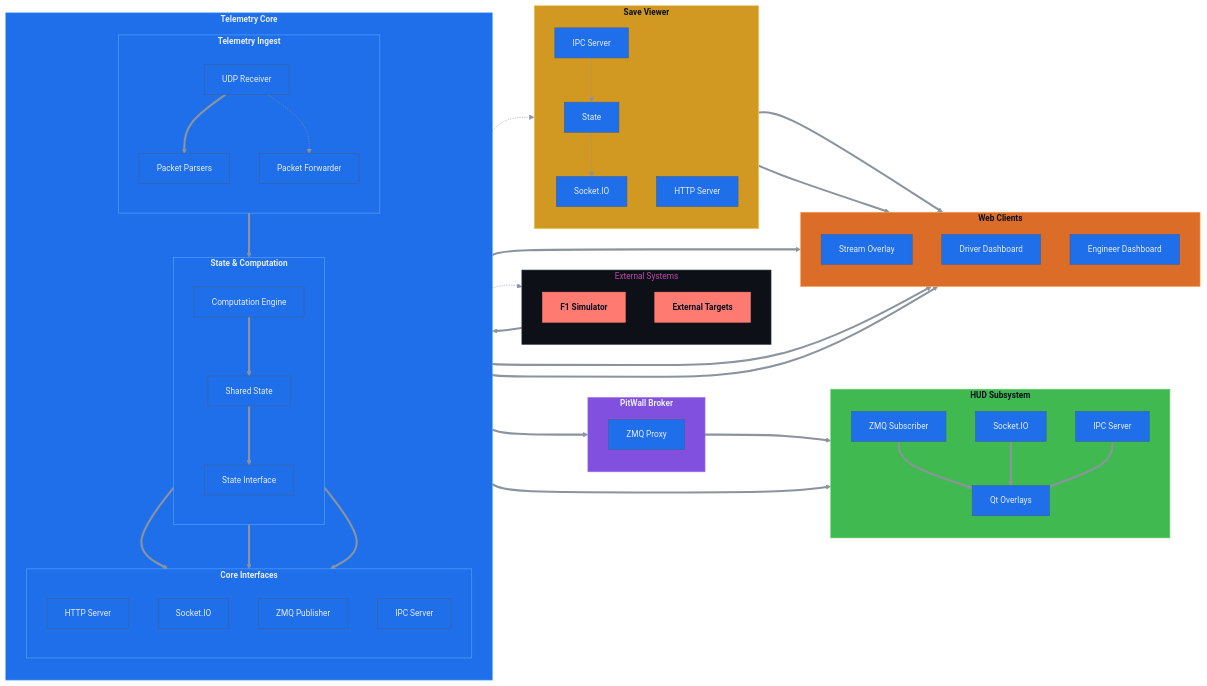
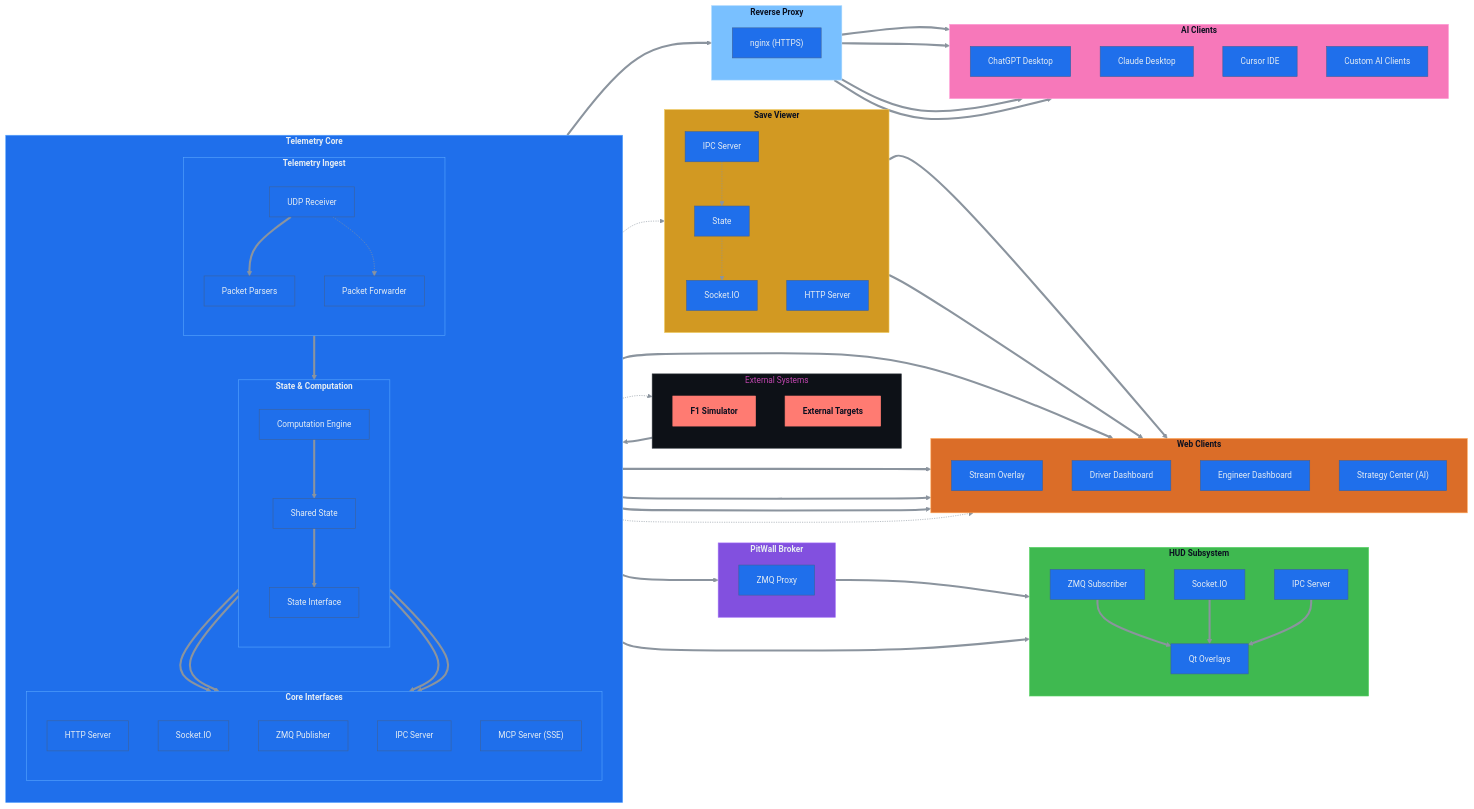
One commit to kmransom56/pitsngiggles-mcp-integration changed the diagram in docs/arch.mmd. Above: the diagram before and after it, drawn with Mermaid. The commit also changed 1 other file, not shown here.

Commit message:
docs: Update architecture diagram with MCP server and AI integration
Updates:
- Added MCP Server (SSE) to Core Interfaces
- Added AI Clients section (ChatGPT, Claude, Cursor, Custom)
- Added nginx Reverse Proxy section
- Added Strategy Center (AI) to Web Clients
- Updated data flows showing MCP → nginx → AI clients
- Added new color schemes for AI and Proxy components

Architecture now shows:
- MCP server receiving telemetry via API interface
- nginx providing HTTPS reverse proxy (port 8443)
- External AI clients connecting via MCP protocol
- Built-in Strategy Center with direct MCP access
- Complete F1 Race Engineer integration paths

```diff
--- a/docs/arch.mmd
+++ b/docs/arch.mmd
@@ -1,149 +1,186 @@
 %%{ init : { "theme" : "base", "themeVariables": {
   "background": "#0b1020",
   "primaryColor": "#1f6feb",
   "primaryTextColor": "#e6edf3",
   "secondaryColor": "#8250df",
   "tertiaryColor": "#3fb950",
   "lineColor": "#8b949e",
   "edgeLabelBackground": "#0b1020",
   "fontFamily": "Inter, JetBrains Mono, sans-serif",
   "fontSize": "14px",
   "clusterBkg": "#0d1117",
   "clusterBorder": "#30363d"
 }} }%%
 
 %% ---------------------------------------------------------------------------
 %% pits_n_giggles — Clean Telemetry & UI Architecture
 %% Visual style: dark, neon-accented, left-to-right narrative flow
 %% ---------------------------------------------------------------------------
 flowchart LR
 
 %% ===========================================================================
 %% External Systems
 %% ===========================================================================
 subgraph EXTERNAL[" External Systems"]
   direction TB
   F1_SIM[" F1 Simulator"]
   EXT_TGT[" External Targets"]
 end
 
 %% ===========================================================================
 %% Core Telemetry Stack
 %% ===========================================================================
 subgraph CORE[" Telemetry Core"]
   direction TB
 
   subgraph TELEMETRY[" Telemetry Ingest"]
     direction TB
     UDP_RECV["UDP Receiver"]
     PARSERS["Packet Parsers"]
     PACKET_FWD["Packet Forwarder"]
   end
 
   subgraph STATE[" State & Computation"]
     direction TB
     COMP_ENGINE["Computation Engine"]
     SHARED_STATE["Shared State"]
     API_INTF["State Interface"]
   end
 
   subgraph INTF[" Core Interfaces"]
     direction TB
     HTTP["HTTP Server"]
     SOCKETIO["Socket.IO"]
     ZMQ_PUB["ZMQ Publisher"]
     IPC["IPC Server"]
+    MCP_SERVER["MCP Server (SSE)"]
   end
 end
 
 %% ===========================================================================
 %% Message Distribution
 %% ===========================================================================
 subgraph PITWALL[" PitWall Broker"]
   direction TB
   ZMQ_PROXY["ZMQ Proxy"]
 end
 
 %% ===========================================================================
 %% HUD Subsystem
 %% ===========================================================================
 subgraph HUD[" HUD Subsystem"]
   direction TB
   HUD_SUB["ZMQ Subscriber"]
   HUD_SOCKETIO["Socket.IO"]
   HUD_IPC["IPC Server"]
   HUD_QT["Qt Overlays"]
 end
 
 %% ===========================================================================
 %% Save Viewer
 %% ===========================================================================
 subgraph SAVE_VIEWER[" Save Viewer"]
   direction TB
   SV_IPC["IPC Server"]
   SV_STATE["State"]
   SV_HTTP["HTTP Server"]
   SV_SOCKETIO["Socket.IO"]
 end
 
 %% ===========================================================================
 %% Web Clients
 %% ===========================================================================
 subgraph UI[" Web Clients"]
   direction TB
   STREAM_OVERLAY[" Stream Overlay"]
   DRV_VIEW[" Driver Dashboard"]
   ENG_VIEW[" Engineer Dashboard"]
+  STRATEGY_CENTER[" Strategy Center (AI)"]
+end
+
+%% ===========================================================================
+%% AI Clients (MCP)
+%% ===========================================================================
+subgraph AI[" AI Clients"]
+  direction TB
+  CHATGPT[" ChatGPT Desktop"]
+  CLAUDE[" Claude Desktop"]
+  CURSOR[" Cursor IDE"]
+  CUSTOM_AI[" Custom AI Clients"]
+end
+
+%% ===========================================================================
+%% Reverse Proxy
+%% ===========================================================================
+subgraph PROXY[" Reverse Proxy"]
+  direction TB
+  NGINX[" nginx (HTTPS)"]
 end
 
 %% ===========================================================================
 %% Primary Telemetry Flow (Hot Path)
 %% ===========================================================================
 F1_SIM ==> UDP_RECV ==> PARSERS ==> COMP_ENGINE ==> SHARED_STATE
 UDP_RECV -.-> PACKET_FWD -.-> EXT_TGT
 
 %% ===========================================================================
 %% Core State Fan-out
 %% ===========================================================================
 SHARED_STATE ==> API_INTF
 API_INTF ==> HTTP
 API_INTF ==> SOCKETIO
 API_INTF ==> ZMQ_PUB
+API_INTF ==> MCP_SERVER
 
 %% ===========================================================================
 %% ZMQ Low-Latency Distribution
 %% ===========================================================================
 ZMQ_PUB ==> ZMQ_PROXY ==> HUD_SUB ==> HUD_QT
 
 %% ===========================================================================
 %% Socket.IO UI Distribution
 %% ===========================================================================
 SOCKETIO ==> HUD_SOCKETIO ==> HUD_QT
 SOCKETIO ==> STREAM_OVERLAY
 SOCKETIO ==> DRV_VIEW
 SOCKETIO ==> ENG_VIEW
+SOCKETIO ==> STRATEGY_CENTER
+
+%% ===========================================================================
+%% MCP AI Distribution
+%% ===========================================================================
+MCP_SERVER ==> NGINX
+NGINX ==> CHATGPT
+NGINX ==> CLAUDE
+NGINX ==> CURSOR
+NGINX ==> CUSTOM_AI
+MCP_SERVER -.-> STRATEGY_CENTER
 
 %% ===========================================================================
 %% Control & Playback Paths
 %% ===========================================================================
 IPC -.-> SV_IPC -.-> SV_STATE -.-> SV_SOCKETIO
 SV_HTTP ==> DRV_VIEW
 SV_SOCKETIO ==> DRV_VIEW
 HUD_IPC ==> HUD_QT
 
 %% ===========================================================================
 %% Styling
 %% ===========================================================================
 classDef external fill:#ff7b72,stroke:#ff7b72,color:#0b1020,font-weight:bold
 classDef core fill:#1f6feb,stroke:#58a6ff,color:#e6edf3,font-weight:bold
 classDef pitwall fill:#8250df,stroke:#a371f7,color:#e6edf3,font-weight:bold
 classDef hud fill:#3fb950,stroke:#56d364,color:#0b1020,font-weight:bold
 classDef save fill:#d29922,stroke:#f2cc60,color:#0b1020,font-weight:bold
 classDef ui fill:#db6d28,stroke:#ffa657,color:#0b1020,font-weight:bold
+classDef ai fill:#f778ba,stroke:#ff9dd9,color:#0b1020,font-weight:bold
+classDef proxy fill:#79c0ff,stroke:#a5d6ff,color:#0b1020,font-weight:bold
 
 class F1_SIM,EXT_TGT external
 class CORE,TELEMETRY,STATE,INTF core
 class PITWALL pitwall
 class HUD hud
 class SAVE_VIEWER save
 class UI ui
+class AI ai
+class PROXY proxy
```
